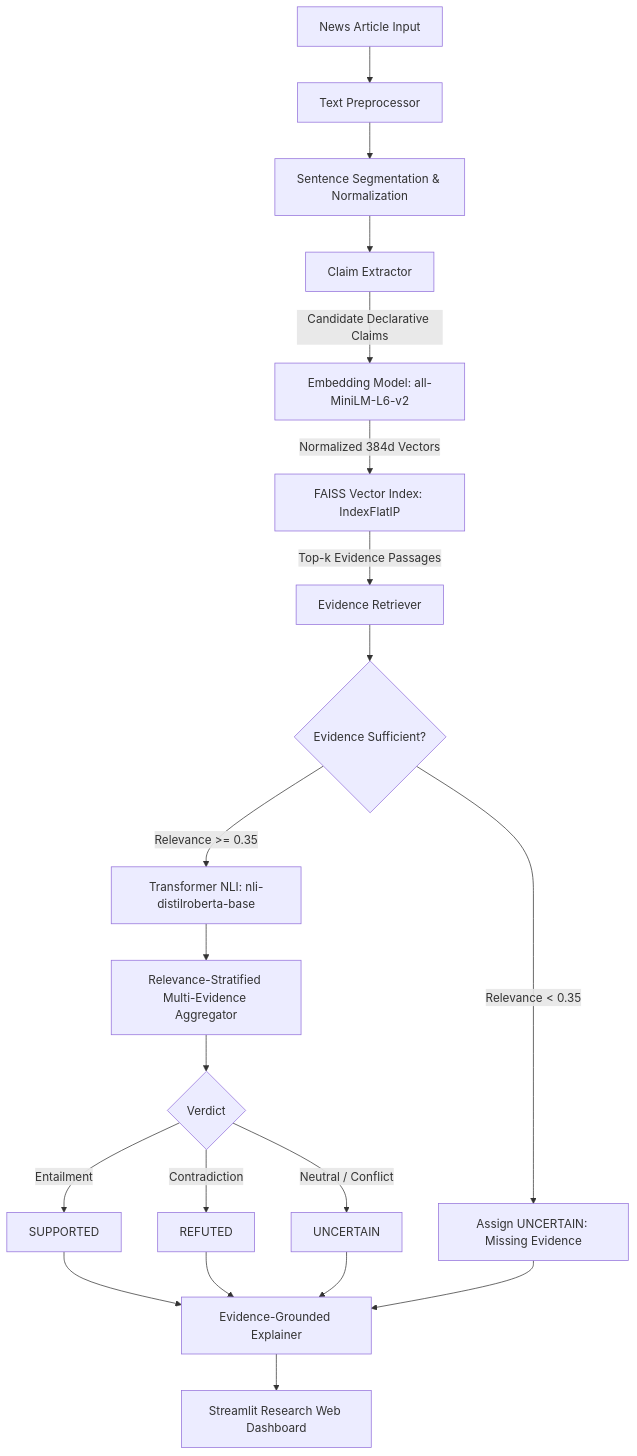
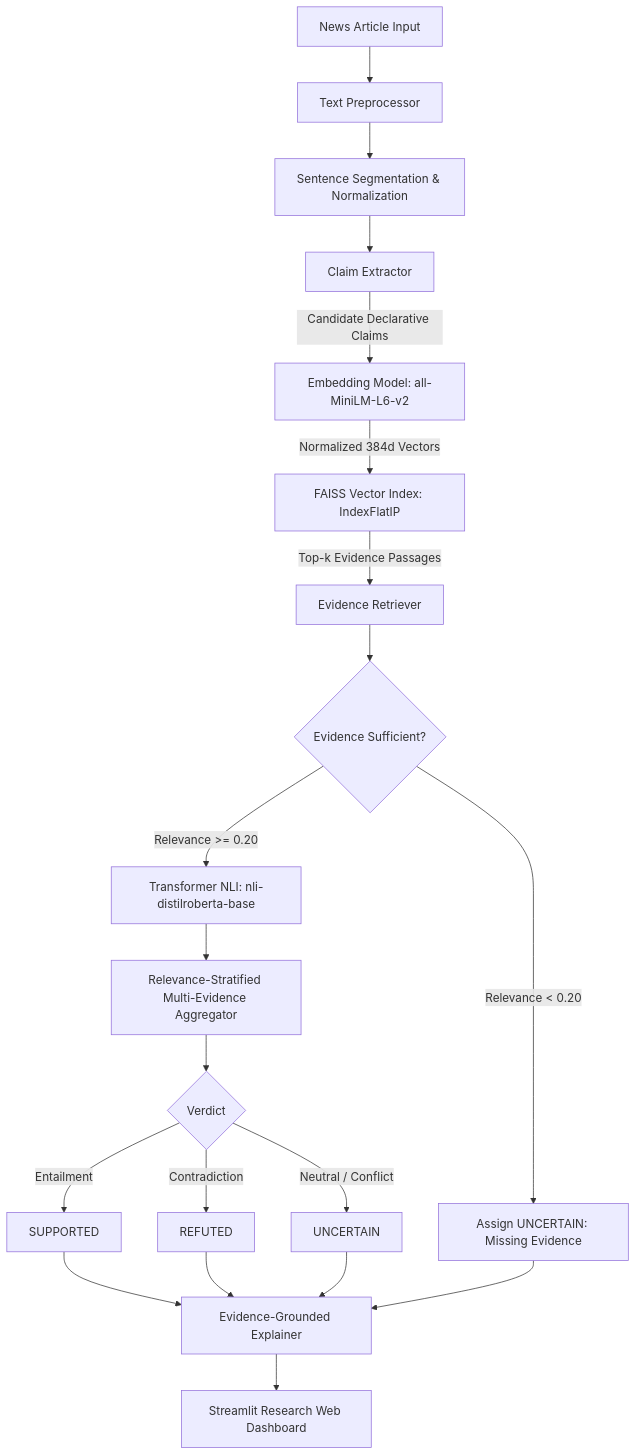
The diagram in README.md (Mayank-coder30/Fake-News-Detection), drawn with Mermaid before and after one commit. The commit also changed 21 other files, not shown here.

````diff
--- a/README.md
+++ b/README.md
@@ -36,19 +36,19 @@
 ```mermaid
 graph TD
     A[News Article Input] --> B[Text Preprocessor]
     B --> C[Sentence Segmentation & Normalization]
     C --> D[Claim Extractor]
     D -->|Candidate Declarative Claims| E[Embedding Model: all-MiniLM-L6-v2]
     E -->|Normalized 384d Vectors| F[FAISS Vector Index: IndexFlatIP]
     F -->|Top-k Evidence Passages| G[Evidence Retriever]
     G --> H{Evidence Sufficient?}
-    H -->|Relevance < 0.35| I[Assign UNCERTAIN: Missing Evidence]
-    H -->|Relevance >= 0.35| J[Transformer NLI: nli-distilroberta-base]
+    H -->|Relevance < 0.20| I[Assign UNCERTAIN: Missing Evidence]
+    H -->|Relevance >= 0.20| J[Transformer NLI: nli-distilroberta-base]
     J --> K[Relevance-Stratified Multi-Evidence Aggregator]
     K --> L{Verdict}
     L -->|Entailment| M[SUPPORTED]
     L -->|Contradiction| N[REFUTED]
     L -->|Neutral / Conflict| O[UNCERTAIN]
     M & N & O & I --> P[Evidence-Grounded Explainer]
     P --> Q[Streamlit Research Web Dashboard]
 ```
````
